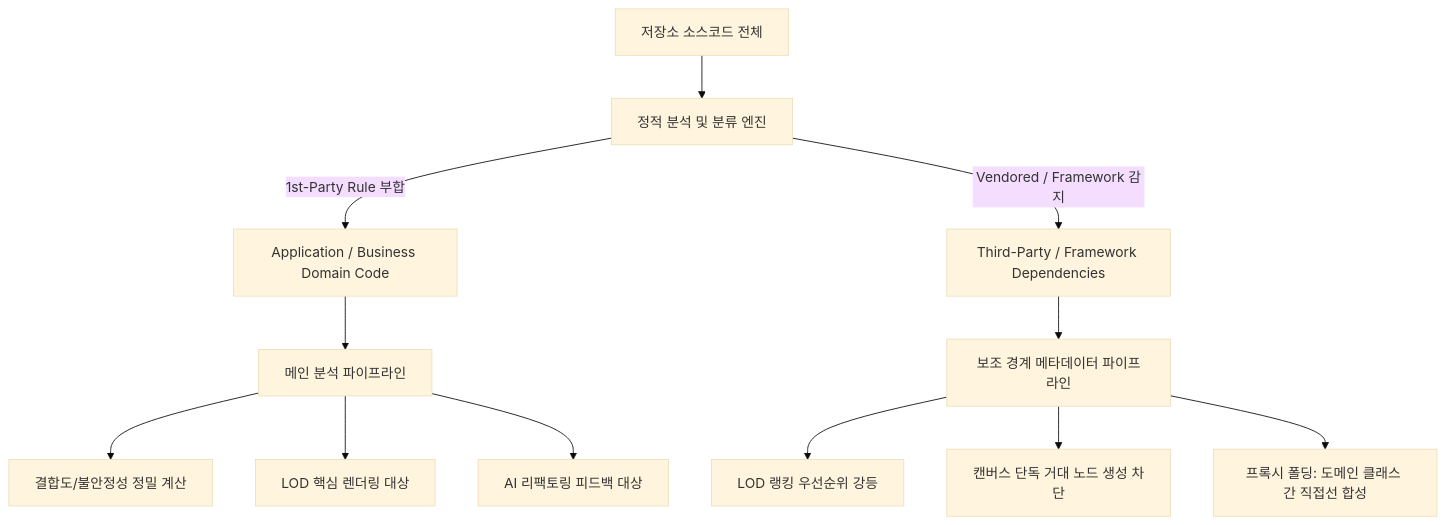
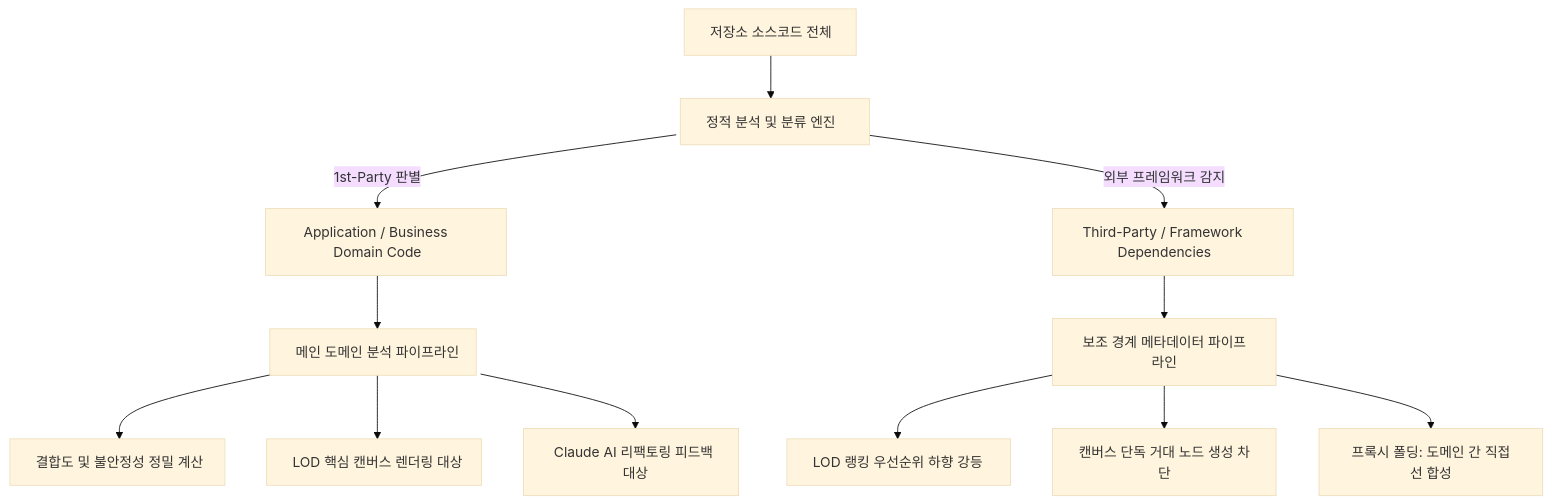
One commit to Jiin5906/CodeDiagram changed the diagram in docs/filtering-lod.md. Above: the diagram before and after it, drawn with Mermaid (base theme). The commit also changed 4 other files, not shown here.

Commit message:
fix(docs): Mermaid 다이어그램 한글 단어 슬라이싱 방지 스타일 및 줄바꿈 적용

````diff
--- a/docs/filtering-lod.md
+++ b/docs/filtering-lod.md
@@ -26,17 +26,30 @@
 ```mermaid
 flowchart TD
-    A[저장소 소스코드 전체] --> B[정적 분석 및 분류 엔진]
+    A["저장소 소스코드 전체"] --> B["정적 분석 및 분류 엔진"]
     
-    B -->|1st-Party Rule 부합| C[Application / Business Domain Code]
-    B -->|Vendored / Framework 감지| D[Third-Party / Framework Dependencies]
+    B -->|"1st-Party 판별"| C["Application / Business Domain Code"]
+    B -->|"외부 프레임워크 감지"| D["Third-Party / Framework Dependencies"]
     
-    C --> E[메인 분석 파이프라인]
-    E --> E1[결합도/불안정성 정밀 계산]
-    E --> E2[LOD 핵심 렌더링 대상]
-    E --> E3[AI 리팩토링 피드백 대상]
+    C --> E["메인 도메인 분석 파이프라인"]
+    E --> E1["결합도 및 불안정성 정밀 계산"]
+    E --> E2["LOD 핵심 캔버스 렌더링 대상"]
+    E --> E3["Claude AI 리팩토링 피드백 대상"]
     
-    D --> F[보조 경계 메타데이터 파이프라인]
-    F --> F1[LOD 랭킹 우선순위 강등]
-    F --> F2[캔버스 단독 거대 노드 생성 차단]
-    F --> F3[프록시 폴딩: 도메인 클래스 간 직접선 합성]
+    D --> F["보조 경계 메타데이터 파이프라인"]
+    F --> F1["LOD 랭킹 우선순위 하향 강등"]
+    F --> F2["캔버스 단독 거대 노드 생성 차단"]
+    F --> F3["프록시 폴딩: 도메인 간 직접선 합성"]
+
+    style A width:200px
+    style B width:220px
+    style C width:280px
+    style D width:280px
+    style E width:240px
+    style E1 width:250px
+    style E2 width:250px
+    style E3 width:250px
+    style F width:260px
+    style F1 width:260px
+    style F2 width:260px
+    style F3 width:260px
 ```
````
